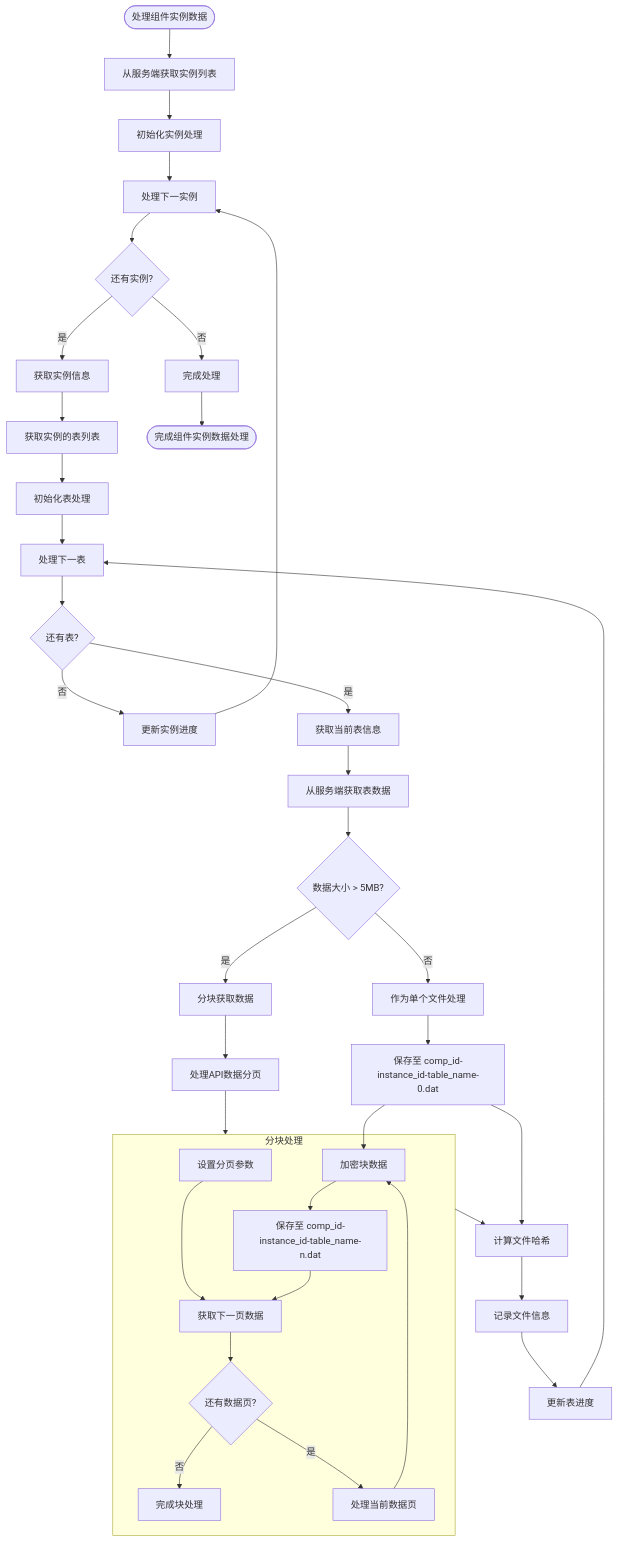
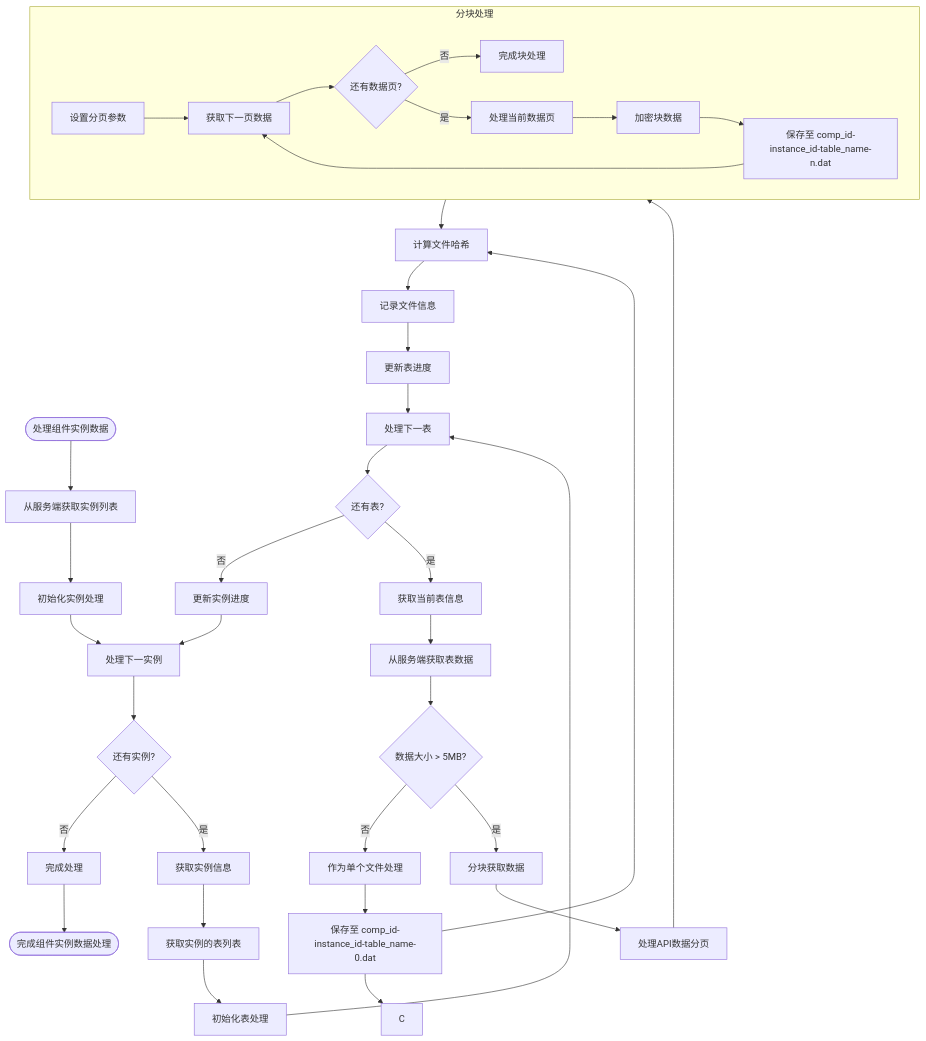
The diagram in all/未命名-52.md (yingjianzh/iodraw-files), drawn with Mermaid before and after one commit.

Commit message:
2025-05-09 15:21:59 update

````diff
--- a/all/未命名-52.md
+++ b/all/未命名-52.md
@@ -1,51 +1,51 @@
 ```mermaid
 flowchart TD
     Start([处理组件实例数据]) --> FetchInstanceList[从服务端获取实例列表]
     FetchInstanceList --> InitInstanceProcess[初始化实例处理]
     
     InitInstanceProcess --> ProcessNextInst[处理下一实例]
     ProcessNextInst --> MoreInsts{还有实例?}
     MoreInsts -->|否| CompleteProcess[完成处理]
     MoreInsts -->|是| GetInstanceInfo[获取实例信息]
     
     GetInstanceInfo --> FetchTableList[获取实例的表列表]
     FetchTableList --> InitTableProcess[初始化表处理]
     
     InitTableProcess --> ProcessNextTable[处理下一表]
     ProcessNextTable --> MoreTables{还有表?}
     MoreTables -->|否| UpdateInstProgress[更新实例进度]
     MoreTables -->|是| GetTableInfo[获取当前表信息]
     
     UpdateInstProgress --> ProcessNextInst
     
     GetTableInfo --> FetchTableData[从服务端获取表数据]
     FetchTableData --> DataSize{数据大小 > 5MB?}
     
     DataSize -->|否| SingleFile[作为单个文件处理]
     DataSize -->|是| ChunkedFetch[分块获取数据]
     
     SingleFile --> SaveInstData[保存至 comp_id-instance_id-table_name-0.dat]
     ChunkedFetch --> ProcessAPIChunks[处理API数据分页]
     
     subgraph ChunkProcess [分块处理]
         C1[设置分页参数] --> C2[获取下一页数据]
         C2 --> C3{还有数据页?}
         C3 -->|否| C7[完成块处理]
         C3 -->|是| C4[处理当前数据页]
         C4 --> C5[加密块数据]
         C5 --> C6[保存至 comp_id-instance_id-table_name-n.dat]
         C6 --> C2
     end
     
     ProcessAPIChunks --> ChunkProcess
     
-    SaveInstData --> C5
+    SaveInstData --> C
     SaveInstData --> CalcFileHash[计算文件哈希]
     ChunkProcess --> CalcFileHash
     
     CalcFileHash --> RecordFileInfo[记录文件信息]
     RecordFileInfo --> UpdateTableProgress[更新表进度]
     UpdateTableProgress --> ProcessNextTable
     
     CompleteProcess --> End([完成组件实例数据处理])
 ```
````
